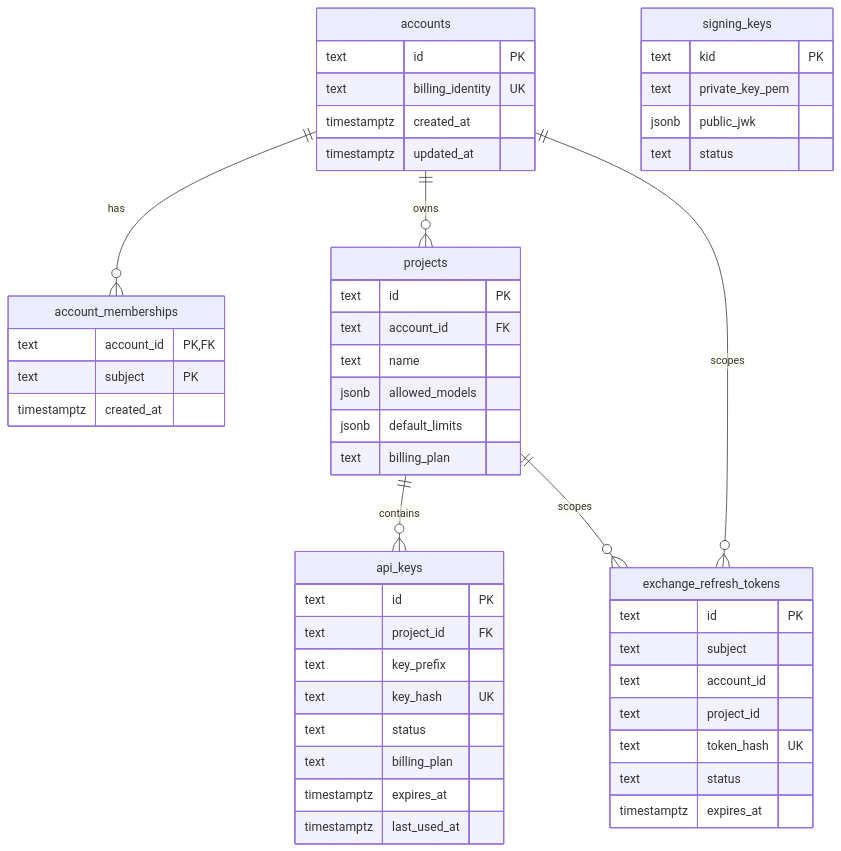
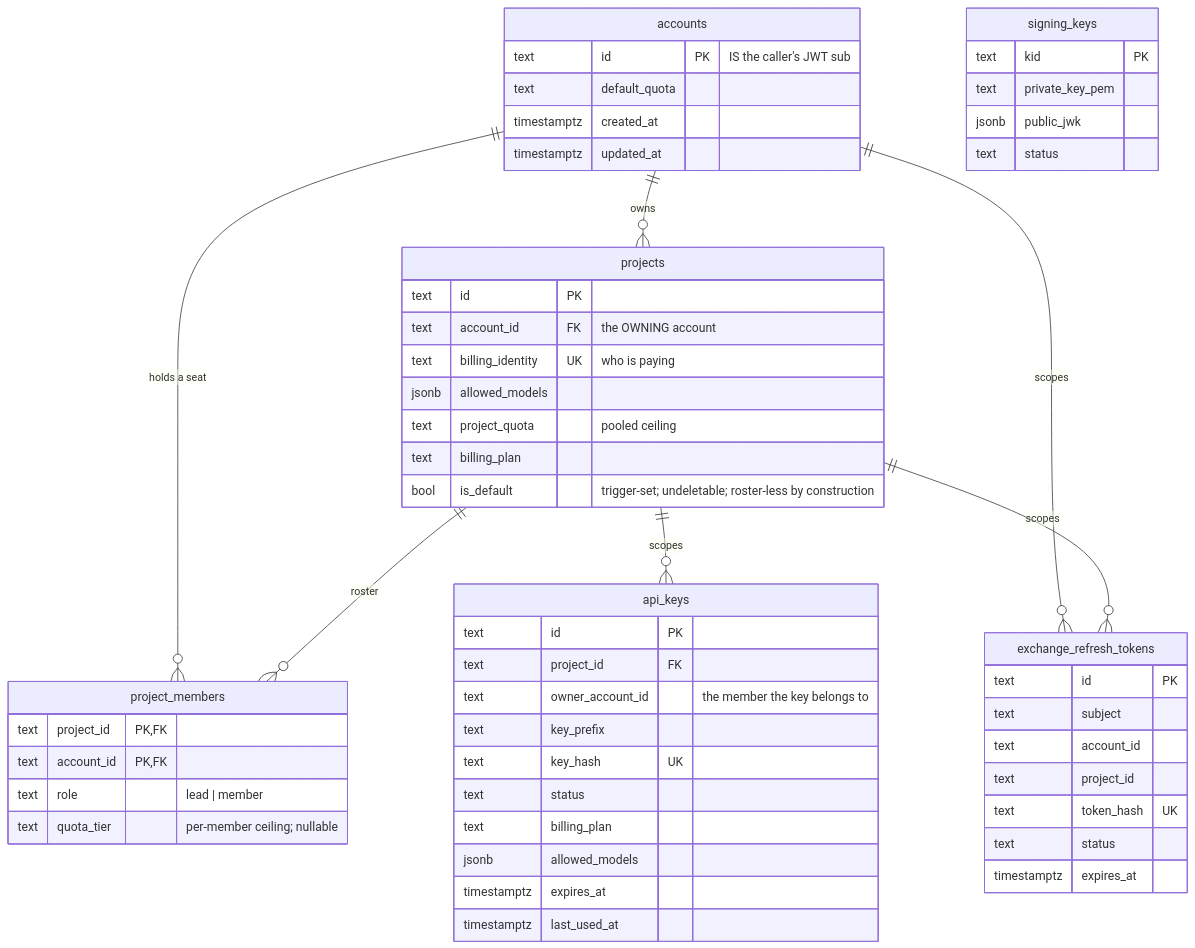
Before and after one commit to ADORSYS-GIS/lightbridge-authz: the third of 6 diagrams in docs/architecture.md, drawn with Mermaid. The commit also changed other lines of this file and 4 other files, not shown here.

First line of the commit message:
docs: document the budget domain across AGENTS.md, README, and architecture.md

````diff
--- a/docs/architecture.md
+++ b/docs/architecture.md
@@ -115,53 +128,58 @@
 ```mermaid
 erDiagram
-    accounts ||--o{ account_memberships : has
     accounts ||--o{ projects : owns
-    projects ||--o{ api_keys : contains
+    accounts ||--o{ project_members : "holds a seat"
+    projects ||--o{ project_members : roster
+    projects ||--o{ api_keys : scopes
     accounts ||--o{ exchange_refresh_tokens : scopes
     projects ||--o{ exchange_refresh_tokens : scopes
 
     accounts {
-        text id PK
-        text billing_identity UK
+        text id PK "IS the caller's JWT sub"
+        text default_quota
         timestamptz created_at
         timestamptz updated_at
     }
-    account_memberships {
-        text account_id PK,FK
-        text subject PK
-        timestamptz created_at
-    }
     projects {
         text id PK
-        text account_id FK
-        text name
+        text account_id FK "the OWNING account"
+        text billing_identity UK "who is paying"
         jsonb allowed_models
-        jsonb default_limits
+        text project_quota "pooled ceiling"
         text billing_plan
+        bool is_default "trigger-set; undeletable; roster-less by construction"
+    }
+    project_members {
+        text project_id PK,FK
+        text account_id PK,FK
+        text role "lead | member"
+        text quota_tier "per-member ceiling; nullable"
     }
     api_keys {
         text id PK
         text project_id FK
+        text owner_account_id "the member the key belongs to"
         text key_prefix
         text key_hash UK
         text status
         text billing_plan
+        jsonb allowed_models
         timestamptz expires_at
         timestamptz last_used_at
     }
     signing_keys {
         text kid PK
         text private_key_pem
         jsonb public_jwk
         text status
     }
     exchange_refresh_tokens {
         text id PK
         text subject
         text account_id
         text project_id
         text token_hash UK
         text status
         timestamptz expires_at
     }
 ```
````
